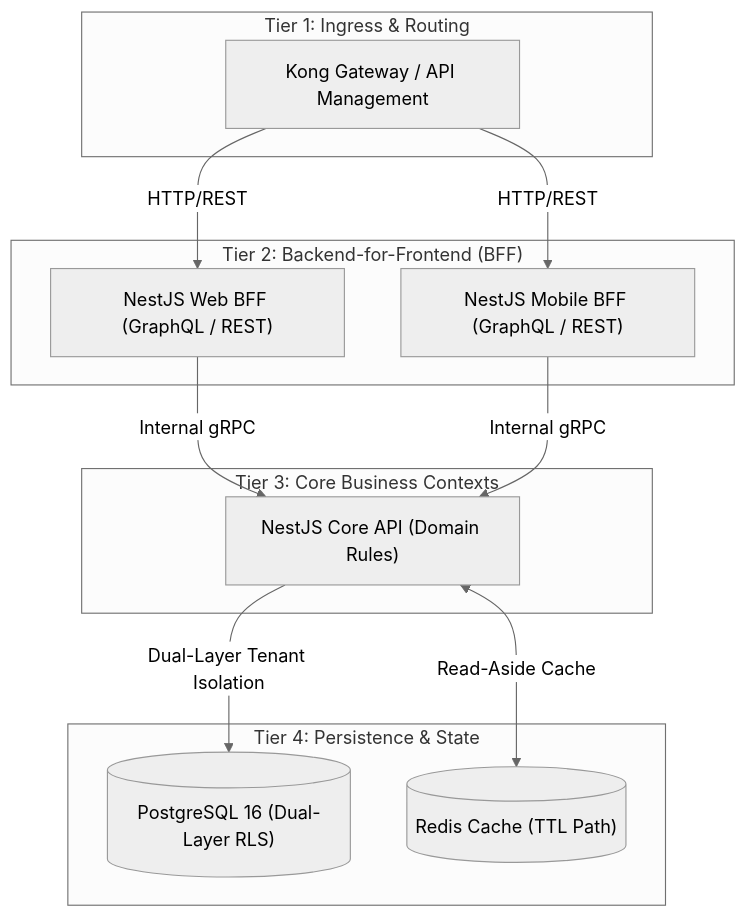
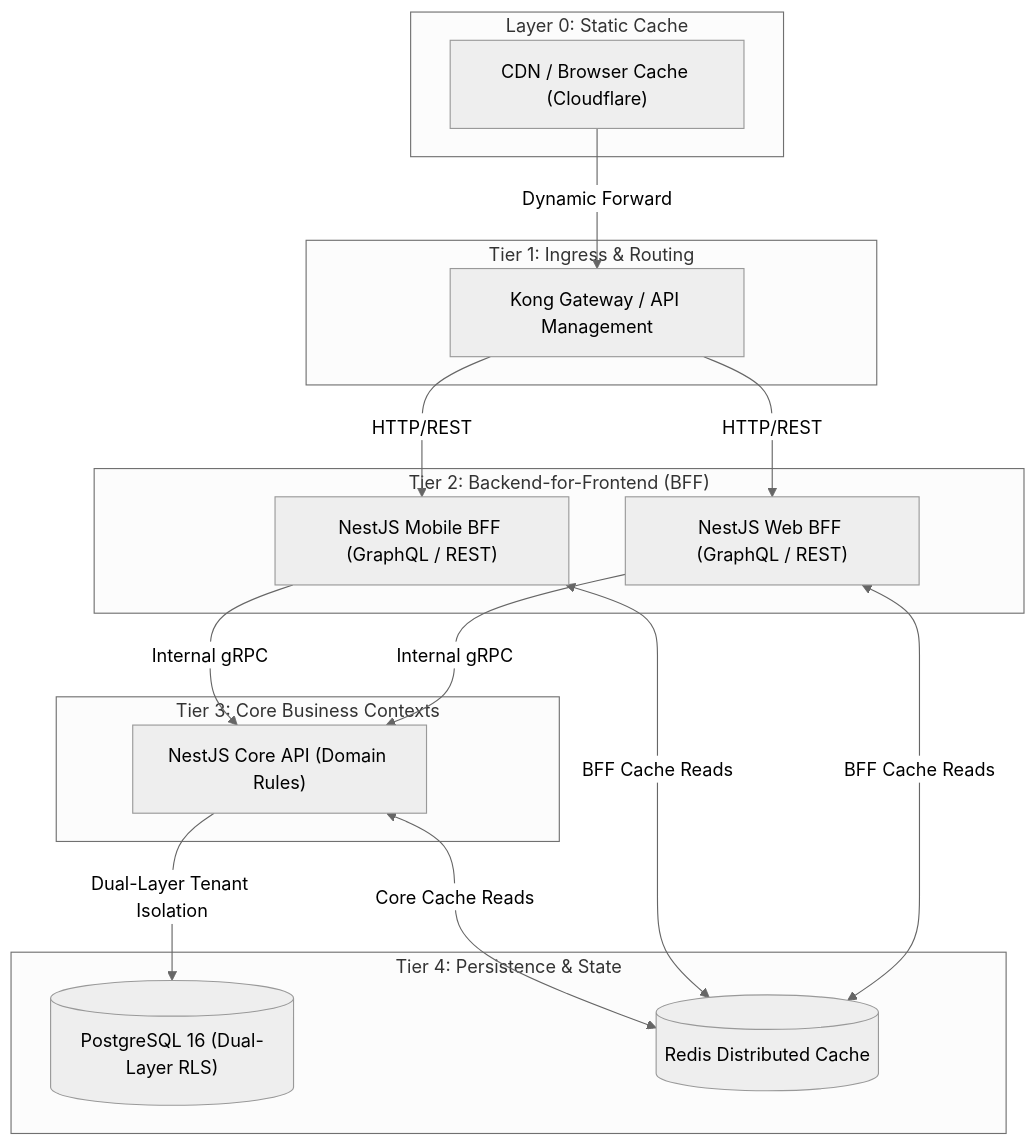
One commit to beyondnetcode/arc32_nodejs_progresive_monolith changed the second of 3 diagrams in arc-nodejs-workspace/docs/02-architecture/architecture-spec.md. Above: the diagram before and after it, drawn with Mermaid (neutral theme). The commit also changed other lines of this file and 2 other files, not shown here.

Commit message:
docs(cache): evolve caching strategy to 3-Tier Architecture (CDN + BFF Redis + Core Redis) in ADR-0014 and update C4 master diagrams

````diff
--- a/arc-nodejs-workspace/docs/02-architecture/architecture-spec.md
+++ b/arc-nodejs-workspace/docs/02-architecture/architecture-spec.md
@@ -42,29 +48,37 @@
 ```mermaid
 graph TD
+    subgraph PublicEdge["Layer 0: Static Cache"]
+        CDN["CDN / Browser Cache (Cloudflare)"]
+    end
+
     subgraph EntryLayer["Tier 1: Ingress & Routing"]
         KongGateway["Kong Gateway / API Management"]
     end
 
     subgraph BFFLayer["Tier 2: Backend-for-Frontend (BFF)"]
         WebBFF["NestJS Web BFF (GraphQL / REST)"]
         MobileBFF["NestJS Mobile BFF (GraphQL / REST)"]
     end
 
     subgraph ApplicationLayer["Tier 3: Core Business Contexts"]
         MainAPI["NestJS Core API (Domain Rules)"]
     end
 
     subgraph StorageLayer["Tier 4: Persistence & State"]
         PostgresSQL[("PostgreSQL 16 (Dual-Layer RLS)")]
-        RedisCache[("Redis Cache (TTL Path)")]
+        RedisCache[("Redis Distributed Cache")]
     end
 
+    CDN -->|Dynamic Forward| KongGateway
     KongGateway -->|HTTP/REST| WebBFF
     KongGateway -->|HTTP/REST| MobileBFF
     
+    WebBFF <-->|BFF Cache Reads| RedisCache
     WebBFF -->|Internal gRPC| MainAPI
+    
+    MobileBFF <-->|BFF Cache Reads| RedisCache
     MobileBFF -->|Internal gRPC| MainAPI
     
     MainAPI -->|Dual-Layer Tenant Isolation| PostgresSQL
-    MainAPI <-->|Read-Aside Cache| RedisCache
+    MainAPI <-->|Core Cache Reads| RedisCache
 ```
````
